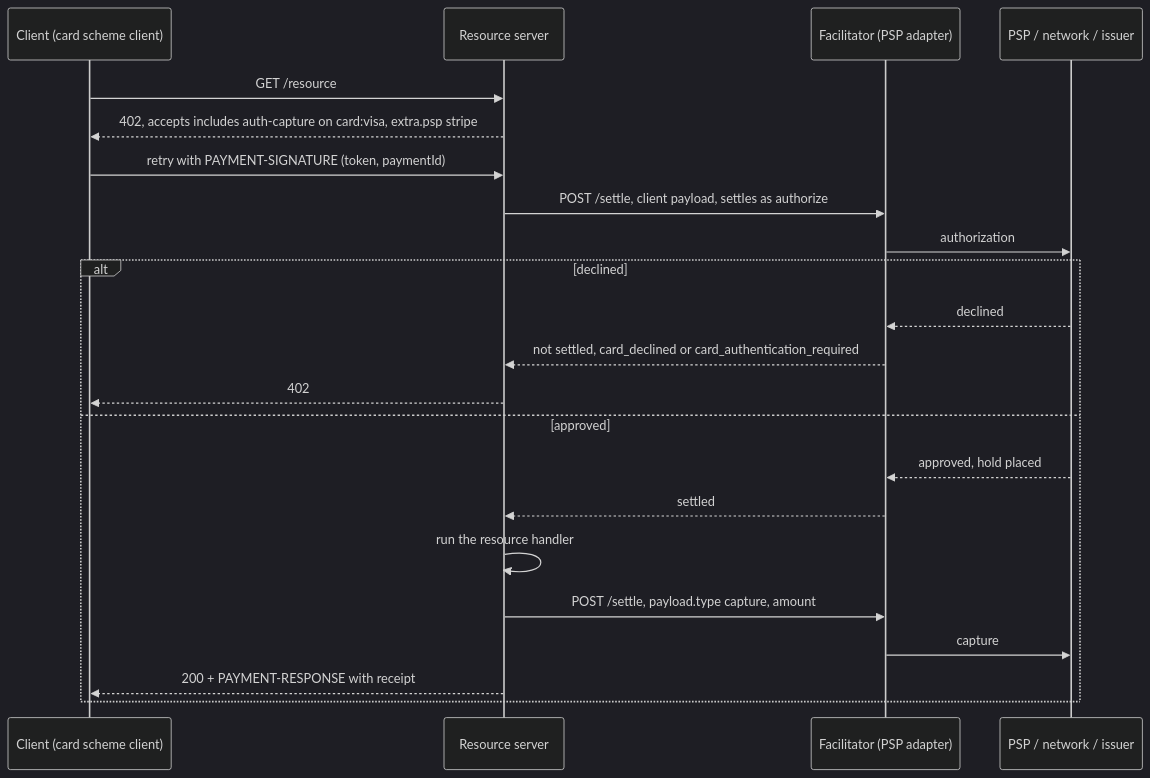
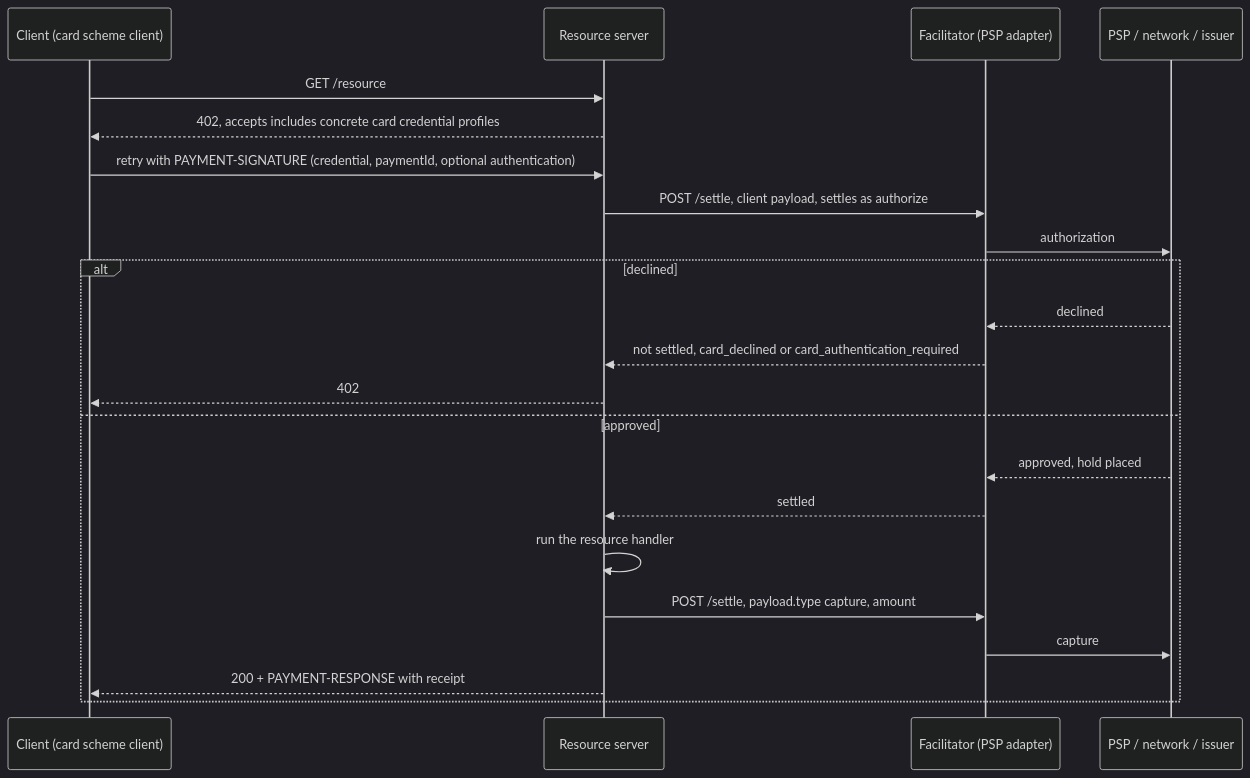
The second of 2 diagrams in specs/schemes/auth-capture/scheme_auth_capture_card.md (x402-foundation/x402), drawn with Mermaid (dark theme) before and after one commit. The commit also changed other lines of this file, not shown here.

Commit message:
spec: define card credential profiles and capabilities

````diff
--- a/specs/schemes/auth-capture/scheme_auth_capture_card.md
+++ b/specs/schemes/auth-capture/scheme_auth_capture_card.md
@@ -346,24 +432,24 @@
 ```mermaid
 sequenceDiagram
     participant A as Client (card scheme client)
     participant RS as Resource server
     participant F as Facilitator (PSP adapter)
     participant N as PSP / network / issuer
     A->>RS: GET /resource
-    RS-->>A: 402, accepts includes auth-capture on card:visa, extra.psp stripe
-    A->>RS: retry with PAYMENT-SIGNATURE (token, paymentId)
+    RS-->>A: 402, accepts includes concrete card credential profiles
+    A->>RS: retry with PAYMENT-SIGNATURE (credential, paymentId, optional authentication)
     RS->>F: POST /settle, client payload, settles as authorize
     F->>N: authorization
     alt declined
         N-->>F: declined
         F-->>RS: not settled, card_declined or card_authentication_required
         RS-->>A: 402
     else approved
         N-->>F: approved, hold placed
         F-->>RS: settled
         RS->>RS: run the resource handler
         RS->>F: POST /settle, payload.type capture, amount
         F->>N: capture
         RS-->>A: 200 + PAYMENT-RESPONSE with receipt
     end
 ```
````
